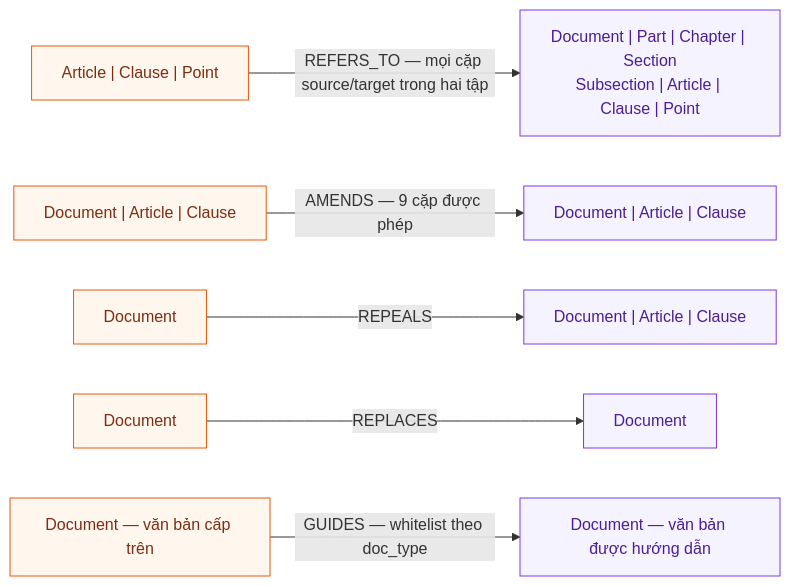
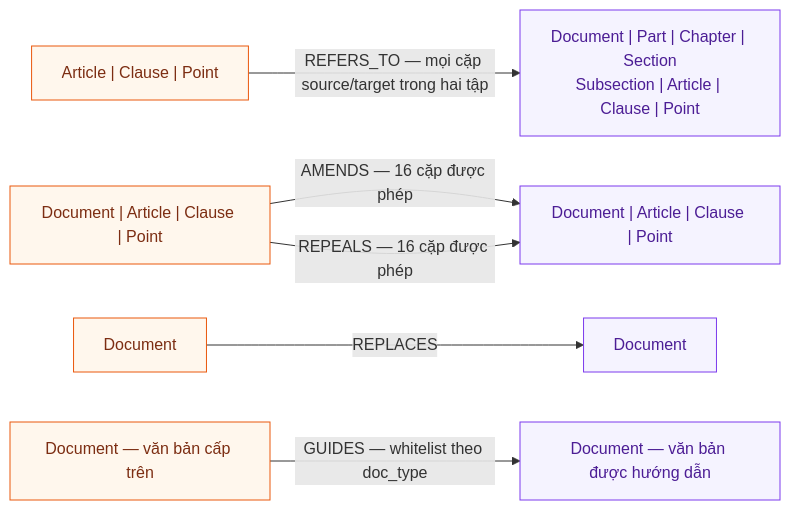
The second of 3 diagrams in docs/report/neo4j_database_schema.md (legal-graphrag-platform-vn/legal-graphrag-platform-vn), drawn with Mermaid before and after one commit. The commit also changed other lines of this file and 13 other files, not shown here.

Commit message:
fix(ontology): sync Neo4j schema v1.12

````diff
--- a/docs/report/neo4j_database_schema.md
+++ b/docs/report/neo4j_database_schema.md
@@ -295,23 +303,21 @@
 ```mermaid
 flowchart LR
     RS["Article | Clause | Point"]
     RT["Document | Part | Chapter | Section<br/>Subsection | Article | Clause | Point"]
-    TS["Document | Article | Clause"]
-    TT["Document | Article | Clause"]
-    RD["Document"]
-    RDT["Document | Article | Clause"]
+    TS["Document | Article | Clause | Point"]
+    TT["Document | Article | Clause | Point"]
     RP["Document"]
     GD1["Document — văn bản cấp trên"]
     GD2["Document — văn bản được hướng dẫn"]
 
     RS -->|REFERS_TO — mọi cặp source/target trong hai tập| RT
-    TS -->|AMENDS — 9 cặp được phép| TT
-    RD -->|REPEALS| RDT
+    TS -->|AMENDS — 16 cặp được phép| TT
+    TS -->|REPEALS — 16 cặp được phép| TT
     RP -->|REPLACES| RP2["Document"]
     GD1 -->|GUIDES — whitelist theo doc_type| GD2
 
     classDef source fill:#fff7ed,stroke:#ea580c,color:#7c2d12;
     classDef target fill:#f5f3ff,stroke:#7c3aed,color:#4c1d95;
-    class RS,TS,RD,RP,GD1 source;
-    class RT,TT,RDT,RP2,GD2 target;
+    class RS,TS,RP,GD1 source;
+    class RT,TT,RP2,GD2 target;
 ```
````
